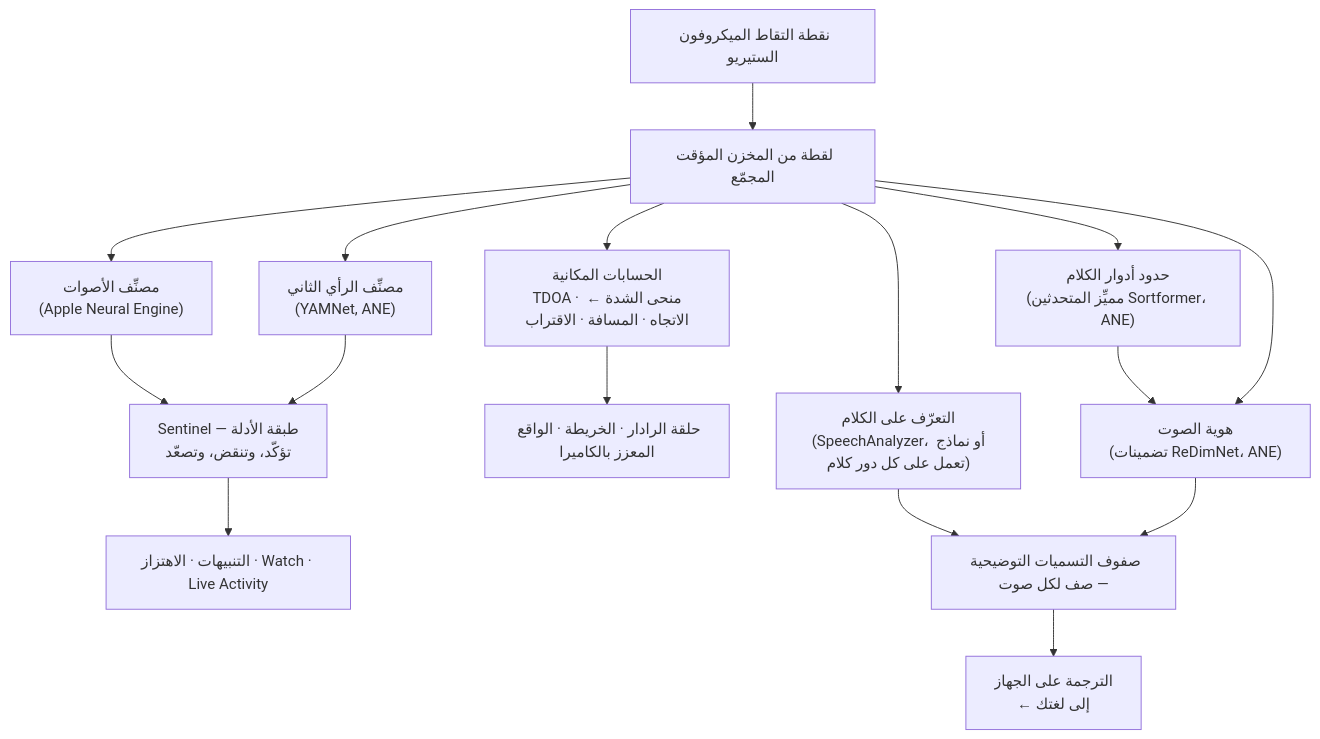
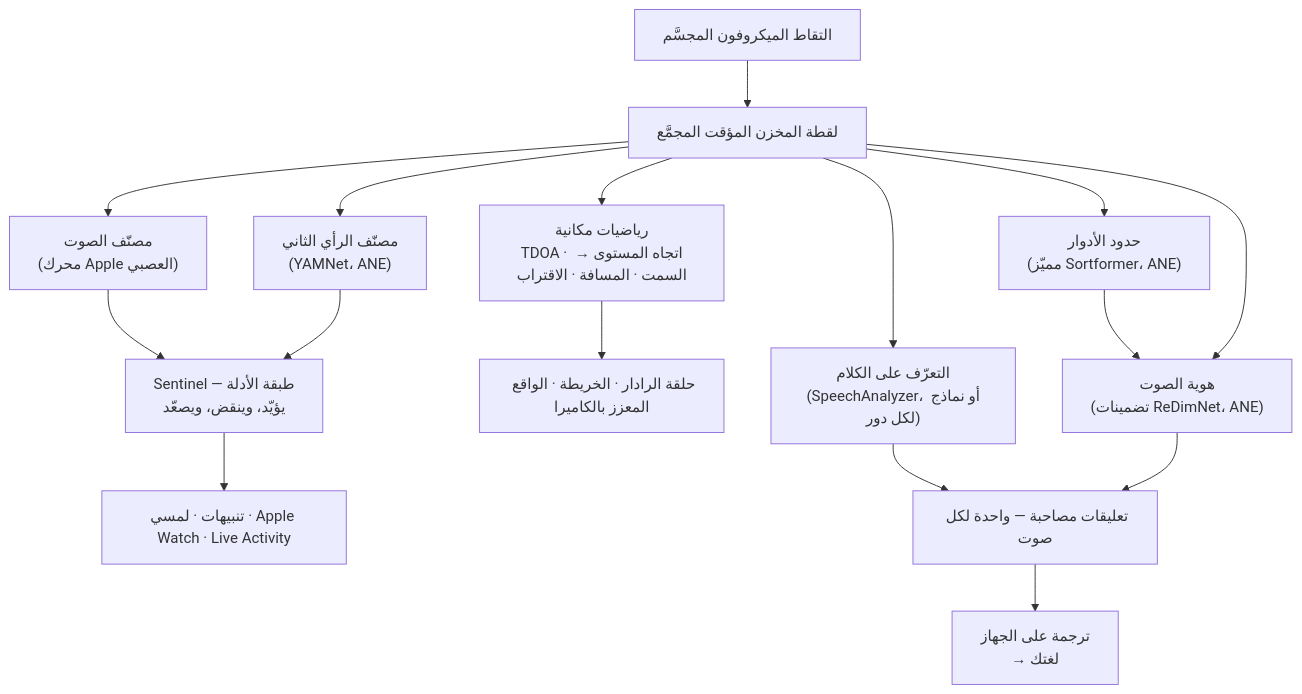
The second of 4 diagrams in README_ar.md (rpalm01-star/VigilantEarLegal), drawn with Mermaid before and after one commit. The commit also changed other lines of this file and 14 other files, not shown here.

````diff
--- a/README_ar.md
+++ b/README_ar.md
@@ -145,18 +166,18 @@
 ```mermaid
 graph TD
-    A["نقطة التقاط الميكروفون الستيريو"] --> B["لقطة من المخزن المؤقت المجمّع"]
-    B --> C["مصنِّف الأصوات<br/>(Apple Neural Engine)"]
-    B --> Y["مصنِّف الرأي الثاني<br/>(YAMNet, ANE)"]
-    C --> S["Sentinel — طبقة الأدلة<br/>تؤكّد، وتنقض، وتصعّد"]
+    A["التقاط الميكروفون المجسَّم"] --> B["لقطة المخزن المؤقت المجمَّع"]
+    B --> C["مصنّف الصوت<br/>(محرك Apple العصبي)"]
+    B --> Y["مصنّف الرأي الثاني<br/>(YAMNet، ANE)"]
+    C --> S["Sentinel — طبقة الأدلة<br/>يؤيّد، وينقض، ويصعّد"]
     Y --> S
-    S --> H["التنبيهات · الاهتزاز · Watch · Live Activity"]
-    B --> D["الحسابات المكانية<br/>TDOA · منحى الشدة ← الاتجاه · المسافة · الاقتراب"]
+    S --> H["تنبيهات · لمسي · Apple Watch · Live Activity"]
+    B --> D["رياضيات مكانية<br/>TDOA · اتجاه المستوى → السمت · المسافة · الاقتراب"]
     D --> R["حلقة الرادار · الخريطة · الواقع المعزز بالكاميرا"]
-    B --> F["التعرّف على الكلام<br/>(SpeechAnalyzer، أو نماذج تعمل على كل دور كلام)"]
-    B --> N["حدود أدوار الكلام<br/>(مميِّز المتحدثين Sortformer، ANE)"]
+    B --> F["التعرّف على الكلام<br/>(SpeechAnalyzer، أو نماذج لكل دور)"]
+    B --> N["حدود الأدوار<br/>(مميّز Sortformer، ANE)"]
     N --> E["هوية الصوت<br/>(تضمينات ReDimNet، ANE)"]
     B --> E
-    F --> G["صفوف التسميات التوضيحية — صف لكل صوت"]
+    F --> G["تعليقات مصاحبة — واحدة لكل صوت"]
     E --> G
-    G --> T["الترجمة على الجهاز<br/>← إلى لغتك"]
+    G --> T["ترجمة على الجهاز<br/>→ لغتك"]
 ```
````
